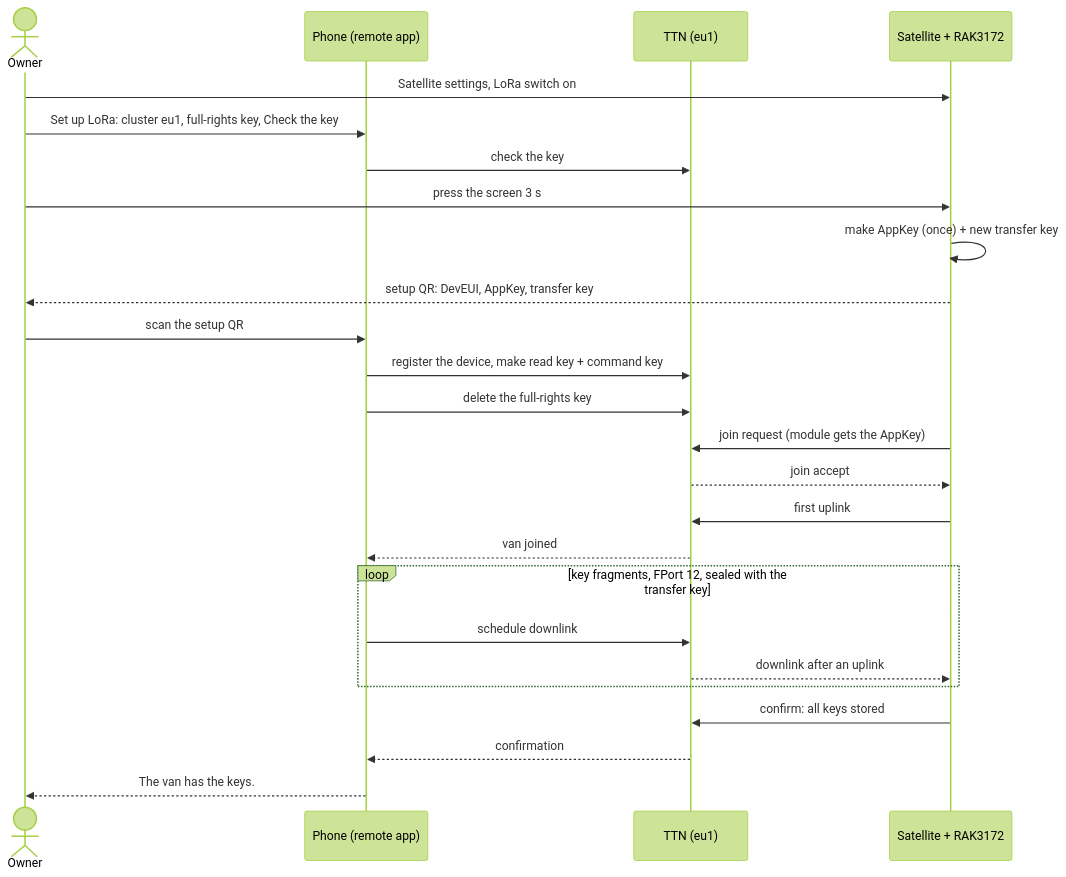
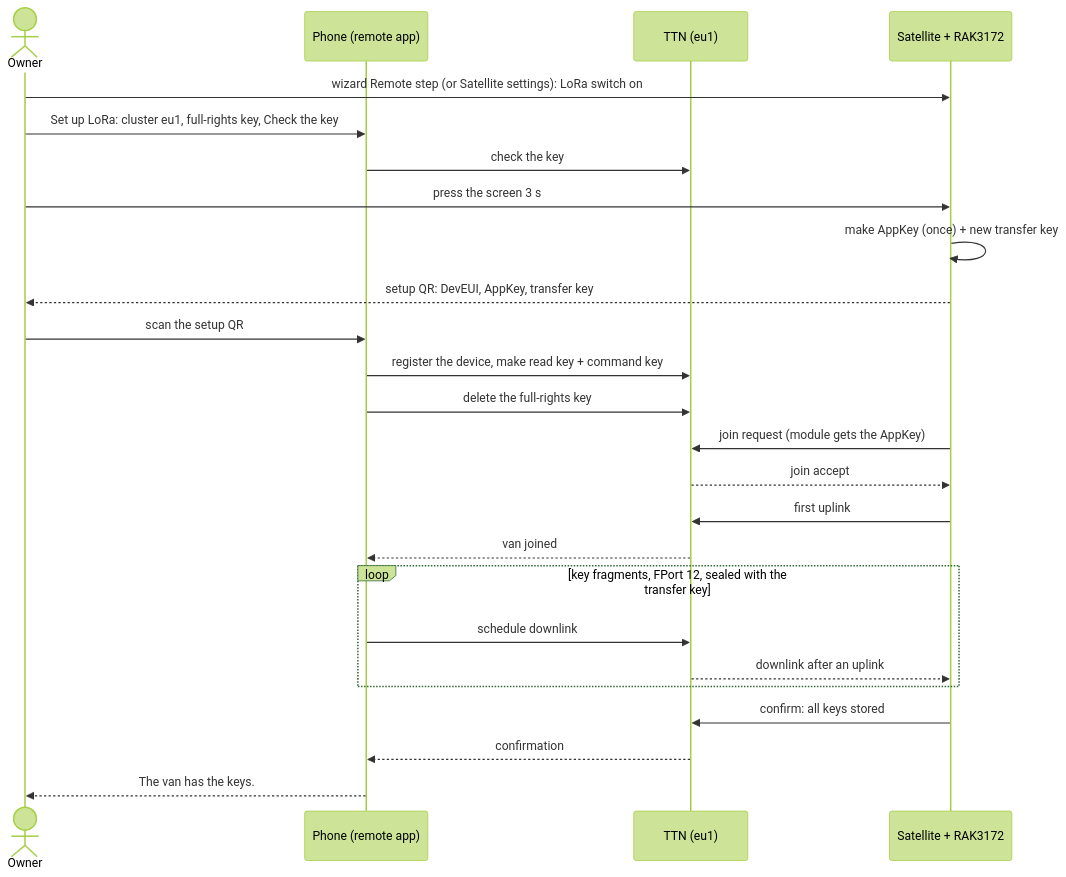
The diagram in docs/howto-lora-remote-setup.md (ckeller42/open-california), drawn with Mermaid (forest theme) before and after one commit. The commit also changed other lines of this file and 10 other files, not shown here.

First line of the commit message:
wizard: optional Remote step (hub form, LoRa switch, app install); icons on Home

````diff
--- a/docs/howto-lora-remote-setup.md
+++ b/docs/howto-lora-remote-setup.md
@@ -95,28 +96,28 @@
 ```mermaid
 sequenceDiagram
 actor O as Owner
 participant P as Phone (remote app)
 participant T as TTN (eu1)
 participant E as Satellite + RAK3172
-O->>E: Satellite settings, LoRa switch on
+O->>E: wizard Remote step (or Satellite settings): LoRa switch on
 O->>P: Set up LoRa: cluster eu1, full-rights key, Check the key
 P->>T: check the key
 O->>E: press the screen 3 s
 E->>E: make AppKey (once) + new transfer key
 E-->>O: setup QR: DevEUI, AppKey, transfer key
 O->>P: scan the setup QR
 P->>T: register the device, make read key + command key
 P->>T: delete the full-rights key
 E->>T: join request (module gets the AppKey)
 T-->>E: join accept
 E->>T: first uplink
 T-->>P: van joined
 loop key fragments, FPort 12, sealed with the transfer key
     P->>T: schedule downlink
     T-->>E: downlink after an uplink
 end
 E->>T: confirm: all keys stored
 T-->>P: confirmation
 P-->>O: The van has the keys.
 
 ```
````
